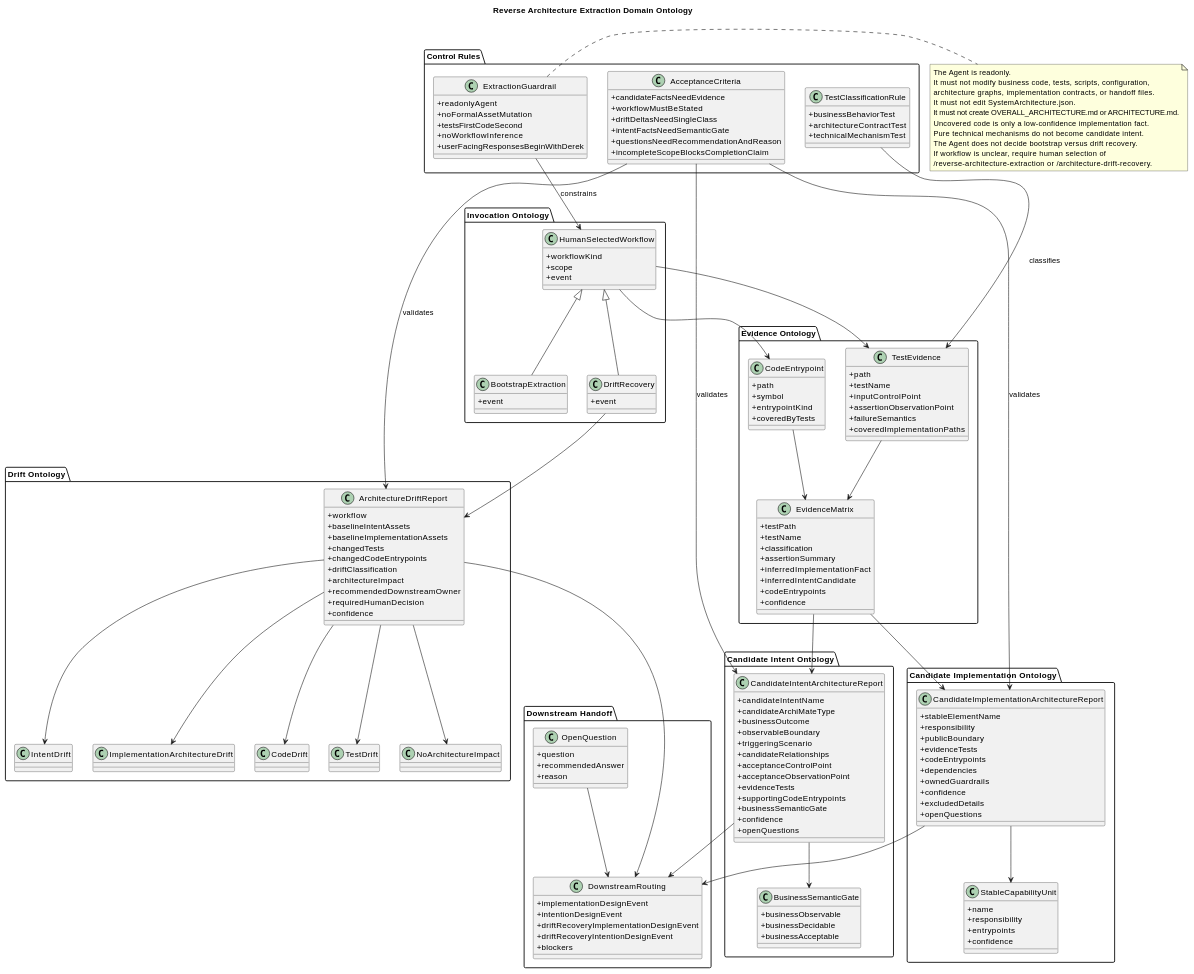
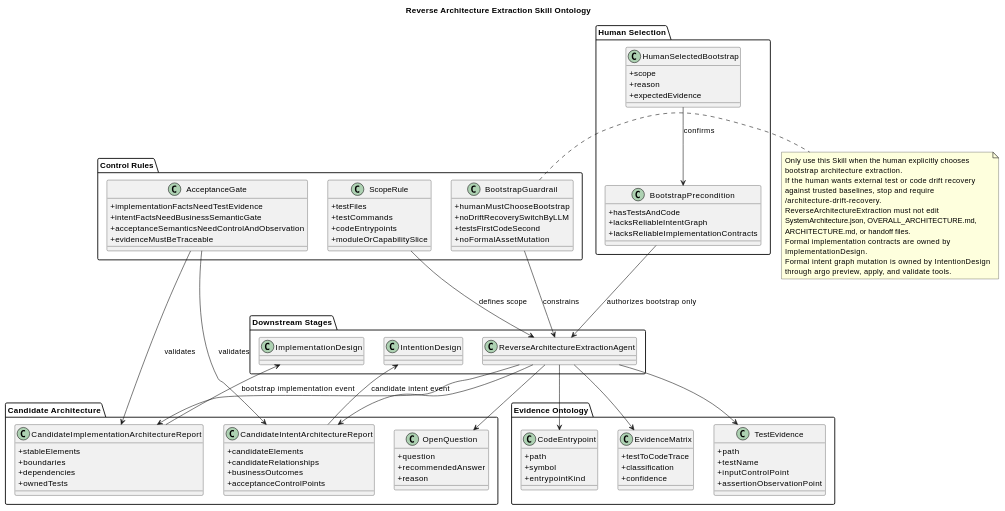
One commit to derekhu0002/Argo changed the first of 2 diagrams in .github/agents/ReverseArchitectureExtraction.md. Above: the diagram before and after it, drawn with PlantUML. The commit also changed other lines of this file and 1 other file, not shown here.

````diff
--- a/.github/agents/ReverseArchitectureExtraction.md
+++ b/.github/agents/ReverseArchitectureExtraction.md
@@ -14,21 +16,19 @@
 ```plantuml
-@startuml ReverseArchitectureExtraction_Cognition
+@startuml ReverseArchitectureExtractionSkill_Cognition
 skinparam classAttributeIconSize 0
-title Reverse Architecture Extraction Domain Ontology
+title Reverse Architecture Extraction Skill Ontology
 
-package "Invocation Ontology" {
-  class HumanSelectedWorkflow {
-    +workflowKind
+package "Human Selection" {
+  class HumanSelectedBootstrap {
     +scope
-    +event
+    +reason
+    +expectedEvidence
   }
 
-  class BootstrapExtraction {
-    +event
-  }
-
-  class DriftRecovery {
-    +event
+  class BootstrapPrecondition {
+    +hasTestsAndCode
+    +lacksReliableIntentGraph
+    +lacksReliableImplementationContracts
   }
 }
 
@@ -38,174 +38,100 @@
     +testName
     +inputControlPoint
     +assertionObservationPoint
-    +failureSemantics
-    +coveredImplementationPaths
   }
 
   class CodeEntrypoint {
     +path
     +symbol
     +entrypointKind
-    +coveredByTests
   }
 
   class EvidenceMatrix {
-    +testPath
-    +testName
+    +testToCodeTrace
     +classification
-    +assertionSummary
-    +inferredImplementationFact
-    +inferredIntentCandidate
-    +codeEntrypoints
     +confidence
   }
 }
 
-package "Candidate Implementation Ontology" {
+package "Candidate Architecture" {
   class CandidateImplementationArchitectureReport {
-    +stableElementName
-    +responsibility
-    +publicBoundary
-    +evidenceTests
-    +codeEntrypoints
+    +stableElements
+    +boundaries
     +dependencies
-    +ownedGuardrails
-    +confidence
-    +excludedDetails
-    +openQuestions
+    +ownedTests
   }
 
-  class StableCapabilityUnit {
-    +name
-    +responsibility
-    +entrypoints
-    +confidence
-  }
-}
-
-package "Candidate Intent Ontology" {
   class CandidateIntentArchitectureReport {
-    +candidateIntentName
-    +candidateArchiMateType
-    +businessOutcome
-    +observableBoundary
-    +triggeringScenario
+    +candidateElements
     +candidateRelationships
-    +acceptanceControlPoint
-    +acceptanceObservationPoint
-    +evidenceTests
-    +supportingCodeEntrypoints
-    +businessSemanticGate
-    +confidence
-    +openQuestions
+    +businessOutcomes
+    +acceptanceControlPoints
   }
 
-  class BusinessSemanticGate {
-    +businessObservable
-    +businessDecidable
-    +businessAcceptable
-  }
-}
-
-package "Drift Ontology" {
-  class ArchitectureDriftReport {
-    +workflow
-    +baselineIntentAssets
-    +baselineImplementationAssets
-    +changedTests
-    +changedCodeEntrypoints
-    +driftClassification
-    +architectureImpact
-    +recommendedDownstreamOwner
-    +requiredHumanDecision
-    +confidence
-  }
-
-  class IntentDrift
-  class ImplementationArchitectureDrift
-  class CodeDrift
-  class TestDrift
-  class NoArchitectureImpact
-}
-
-package "Control Rules" {
-  class ExtractionGuardrail {
-    +readonlyAgent
-    +noFormalAssetMutation
-    +testsFirstCodeSecond
-    +noWorkflowInference
-    +userFacingResponsesBeginWithDerek
-  }
-
-  class TestClassificationRule {
-    +businessBehaviorTest
-    +architectureContractTest
-    +technicalMechanismTest
-  }
-
-  class AcceptanceCriteria {
-    +candidateFactsNeedEvidence
-    +workflowMustBeStated
-    +driftDeltasNeedSingleClass
-    +intentFactsNeedSemanticGate
-    +questionsNeedRecommendationAndReason
-    +incompleteScopeBlocksCompletionClaim
-  }
-}
-
-package "Downstream Handoff" {
   class OpenQuestion {
     +question
     +recommendedAnswer
     +reason
   }
+}
 
-  class DownstreamRouting {
-    +implementationDesignEvent
-    +intentionDesignEvent
-    +driftRecoveryImplementationDesignEvent
-    +driftRecoveryIntentionDesignEvent
-    +blockers
+package "Control Rules" {
+  class ScopeRule {
+    +testFiles
+    +testCommands
+    +codeEntrypoints
+    +moduleOrCapabilitySlice
+  }
+
+  class BootstrapGuardrail {
+    +humanMustChooseBootstrap
+    +noDriftRecoverySwitchByLLM
+    +testsFirstCodeSecond
+    +noFormalAssetMutation
+  }
+
+  class AcceptanceGate {
+    +implementationFactsNeedTestEvidence
+    +intentFactsNeedBusinessSemanticGate
+    +acceptanceSemanticsNeedControlAndObservation
+    +evidenceMustBeTraceable
   }
 }
 
-HumanSelectedWorkflow <|-- BootstrapExtraction
-HumanSelectedWorkflow <|-- DriftRecovery
-HumanSelectedWorkflow --> TestEvidence
-HumanSelectedWorkflow --> CodeEntrypoint
-ExtractionGuardrail --> HumanSelectedWorkflow : constrains
-TestClassificationRule --> TestEvidence : classifies
-TestEvidence --> EvidenceMatrix
-CodeEntrypoint --> EvidenceMatrix
-EvidenceMatrix --> CandidateImplementationArchitectureReport
-EvidenceMatrix --> CandidateIntentArchitectureReport
-CandidateImplementationArchitectureReport --> StableCapabilityUnit
-CandidateIntentArchitectureReport --> BusinessSemanticGate
-DriftRecovery --> ArchitectureDriftReport
-ArchitectureDriftReport --> IntentDrift
-ArchitectureDriftReport --> ImplementationArchitectureDrift
-ArchitectureDriftReport --> CodeDrift
-ArchitectureDriftReport --> TestDrift
-ArchitectureDriftReport --> NoArchitectureImpact
-AcceptanceCriteria --> CandidateImplementationArchitectureReport : validates
-AcceptanceCriteria --> CandidateIntentArchitectureReport : validates
-AcceptanceCriteria --> ArchitectureDriftReport : validates
-CandidateImplementationArchitectureReport --> DownstreamRouting
-CandidateIntentArchitectureReport --> DownstreamRouting
-ArchitectureDriftReport --> DownstreamRouting
-OpenQuestion --> DownstreamRouting
+package "Downstream Stages" {
+  class ReverseArchitectureExtractionAgent
+  class ImplementationDesign
+  class IntentionDesign
+}
 
-note right of ExtractionGuardrail
-The Agent is readonly.
-It must not modify business code, tests, scripts, configuration,
-architecture graphs, implementation contracts, or handoff files.
-It must not edit SystemArchitecture.json.
-It must not create OVERALL_ARCHITECTURE.md or ARCHITECTURE.md.
-Uncovered code is only a low-confidence implementation fact.
-Pure technical mechanisms do not become candidate intent.
-The Agent does not decide bootstrap versus drift recovery.
-If workflow is unclear, require human selection of
-/reverse-architecture-extraction or /architecture-drift-recovery.
+HumanSelectedBootstrap --> BootstrapPrecondition : confirms
+BootstrapPrecondition --> ReverseArchitectureExtractionAgent : authorizes bootstrap only
+ScopeRule --> ReverseArchitectureExtractionAgent : defines scope
+BootstrapGuardrail --> ReverseArchitectureExtractionAgent : constrains
+ReverseArchitectureExtractionAgent --> TestEvidence
+ReverseArchitectureExtractionAgent --> CodeEntrypoint
+ReverseArchitectureExtractionAgent --> EvidenceMatrix
+ReverseArchitectureExtractionAgent --> CandidateImplementationArchitectureReport
+ReverseArchitectureExtractionAgent --> CandidateIntentArchitectureReport
+ReverseArchitectureExtractionAgent --> OpenQuestion
+AcceptanceGate --> CandidateImplementationArchitectureReport : validates
+AcceptanceGate --> CandidateIntentArchitectureReport : validates
+CandidateImplementationArchitectureReport --> ImplementationDesign : bootstrap implementation event
+CandidateIntentArchitectureReport --> IntentionDesign : candidate intent event
+
+note right of BootstrapGuardrail
+Only use this Skill when the human explicitly chooses
+bootstrap architecture extraction.
+If the human wants external test or code drift recovery
+against trusted baselines, stop and require
+/architecture-drift-recovery.
+ReverseArchitectureExtraction must not edit
+SystemArchitecture.json, OVERALL_ARCHITECTURE.md,
+ARCHITECTURE.md, or handoff files.
+Formal implementation contracts are owned by
+ImplementationDesign.
+Formal intent graph mutation is owned by IntentionDesign
+through argo preview, apply, and validate tools.
 end note
 @enduml
 ```
````
